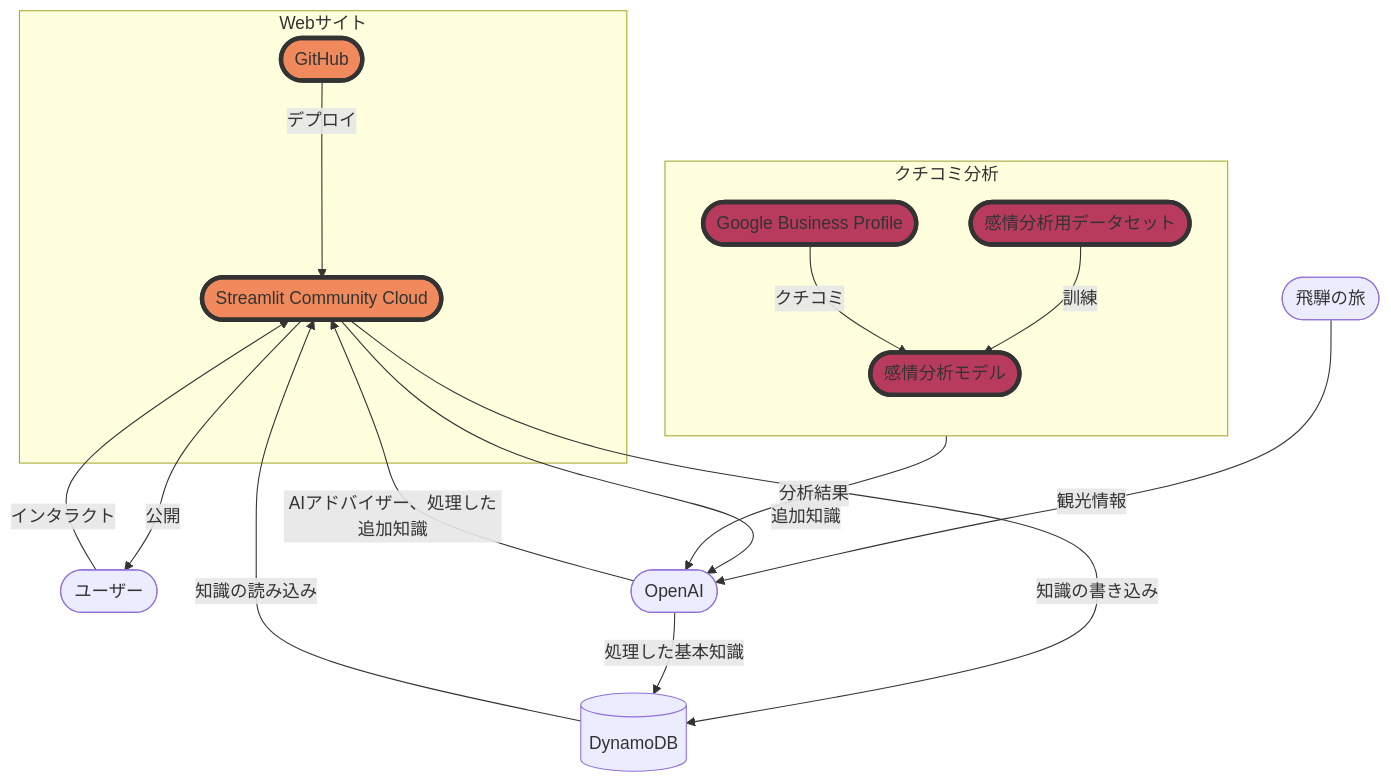
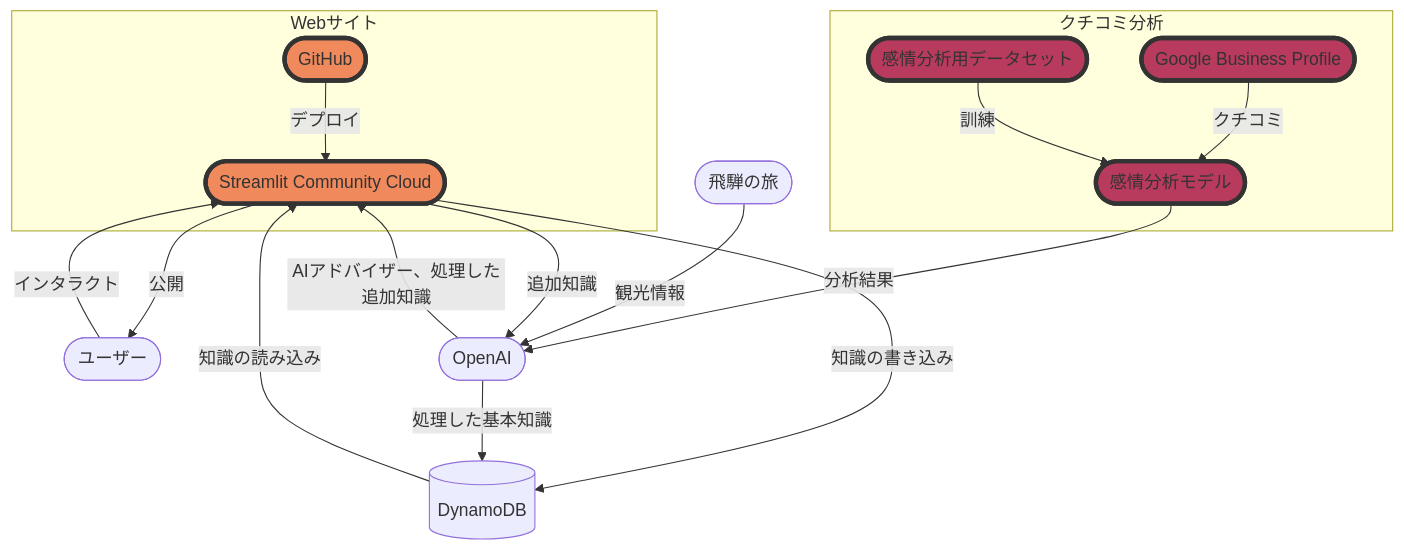
One commit to imu3da/my_research changed the diagram in my_research/structure.md. Above: the diagram before and after it, drawn with Mermaid.

Commit message:
Mermaid記法のテストです。

````diff
--- a/my_research/structure.md
+++ b/my_research/structure.md
@@ -1,25 +1,24 @@
 ```mermaid
-flowchart TB
-    style 2 fill:#f08a5d,stroke:#333,stroke-width:4px
-    style 3 fill:#f08a5d,stroke:#333,stroke-width:4px
-    style 5 fill:#b83b5e,stroke:#333,stroke-width:4px
-    style 6 fill:#b83b5e,stroke:#333,stroke-width:4px
-    style 8 fill:#b83b5e,stroke:#333,stroke-width:4px
-    subgraph Webサイト
-        2([GitHub]) -->|デプロイ| 3([Streamlit Community Cloud])
-    end
-    3 -->|公開| 4([ユーザー])
-    4 -->|インタラクト| 3
-    subgraph クチコミ分析
-        direction TB
-        5([Google Business Profile]) -->|クチコミ| 6([感情分析モデル])
-        8([感情分析用データセット]) --> |訓練| 6
-    end
-    6 --> |分析結果| 7([OpenAI])
-    9([飛騨の旅]) --> |観光情報| 7
-    3 --> |知識の書き込み| 10[(DynamoDB)]
-    10 --> |知識の読み込み| 3
-    3 --> |追加知識| 7
-    7 --> |AIアドバイザー、処理した追加知識| 3
-    7 --> |処理した基本知識| 10
+flowchart TB;
+    style 2 fill:#f08a5d,stroke:#333,stroke-width:4px;
+    style 3 fill:#f08a5d,stroke:#333,stroke-width:4px;
+    style 5 fill:#b83b5e,stroke:#333,stroke-width:4px;
+    style 6 fill:#b83b5e,stroke:#333,stroke-width:4px;
+    style 8 fill:#b83b5e,stroke:#333,stroke-width:4px;
+    subgraph Webサイト;
+        2([GitHub]) -->|デプロイ| 3([Streamlit Community Cloud]);
+    end;
+    3 -->|公開| 4([ユーザー]);
+    4 -->|インタラクト| 3;
+    subgraph クチコミ分析;
+        5([Google Business Profile]) -->|クチコミ| 6([感情分析モデル]);
+        8([感情分析用データセット]) --> |訓練| 6;
+    end;
+    6 --> |分析結果| 7([OpenAI]);
+    9([飛騨の旅]) --> |観光情報| 7;
+    3 --> |知識の書き込み| 10[(DynamoDB)];
+    10 --> |知識の読み込み| 3;
+    3 --> |追加知識| 7;
+    7 --> |AIアドバイザー、処理した追加知識| 3;
+    7 --> |処理した基本知識| 10;
 ```
````
